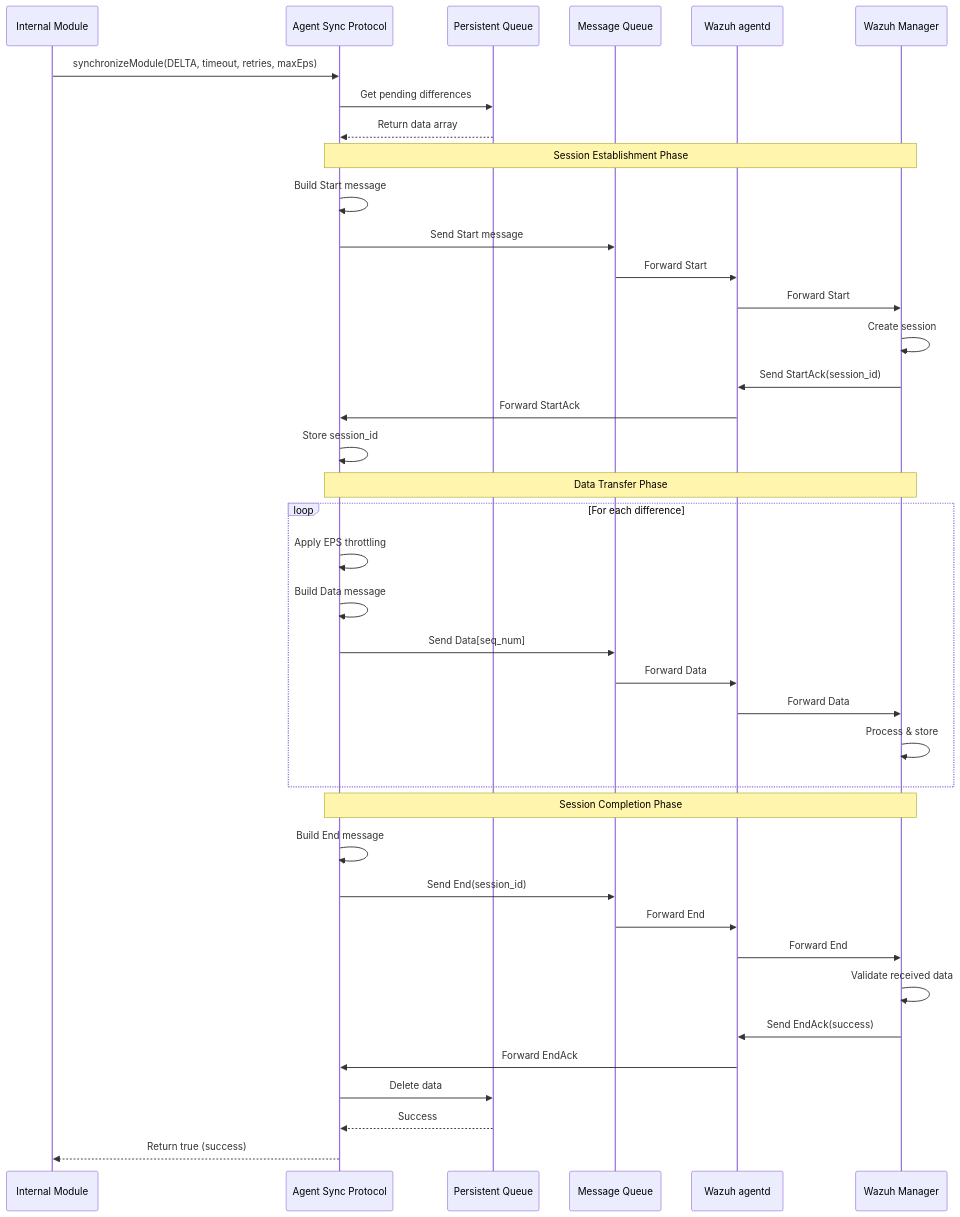
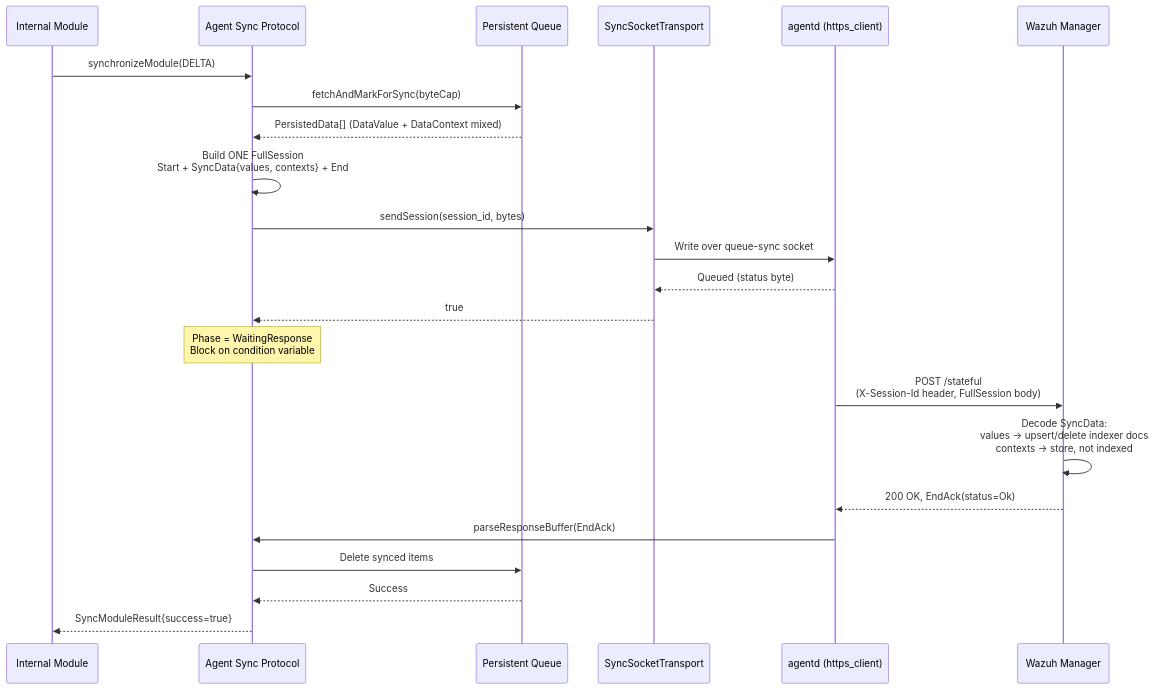
The third of 12 diagrams in docs/ref/modules/utils/sync-protocol/sequence-diagrams.md (wazuh/wazuh), drawn with Mermaid before and after one commit. The commit also changed other lines of this file and 9 other files, not shown here.

Commit message:
refactor(sync-protocol): fold FullSession's four payload vectors into one union

````diff
--- a/docs/ref/modules/utils/sync-protocol/sequence-diagrams.md
+++ b/docs/ref/modules/utils/sync-protocol/sequence-diagrams.md
@@ -46,46 +54,30 @@
 ```mermaid
 sequenceDiagram
     participant Module as Internal Module
     participant ASP as Agent Sync Protocol
     participant Queue as Persistent Queue
-    participant MQ as Message Queue
-    participant AD as Wazuh agentd
+    participant Transport as SyncSocketTransport
+    participant AD as agentd (https_client)
     participant Manager as Wazuh Manager
 
-    Module->>ASP: synchronizeModule(DELTA, timeout, retries, maxEps)
-    ASP->>Queue: Get pending differences
-    Queue-->>ASP: Return data array
+    Module->>ASP: synchronizeModule(DELTA)
+    ASP->>Queue: fetchAndMarkForSync(byteCap)
+    Queue-->>ASP: PersistedData[] (DataValue + DataContext mixed)
 
-    Note over ASP,Manager: Session Establishment Phase
-    ASP->>ASP: Build Start message
-    ASP->>MQ: Send Start message
-    MQ->>AD: Forward Start
-    AD->>Manager: Forward Start
-    Manager->>Manager: Create session
-    Manager->>AD: Send StartAck(session_id)
-    AD->>ASP: Forward StartAck
-    ASP->>ASP: Store session_id
+    ASP->>ASP: Build ONE FullSession<br/>Start + SyncData{values, contexts} + End
+    ASP->>Transport: sendSession(session_id, bytes)
+    Transport->>AD: Write over queue-sync socket
+    AD-->>Transport: Queued (status byte)
+    Transport-->>ASP: true
 
-    Note over ASP,Manager: Data Transfer Phase
-    loop For each difference
-        ASP->>ASP: Apply EPS throttling
-        ASP->>ASP: Build Data message
-        ASP->>MQ: Send Data[seq_num]
-        MQ->>AD: Forward Data
-        AD->>Manager: Forward Data
-        Manager->>Manager: Process & store
-    end
+    Note over ASP: Phase = WaitingResponse<br/>Block on condition variable
 
-    Note over ASP,Manager: Session Completion Phase
-    ASP->>ASP: Build End message
-    ASP->>MQ: Send End(session_id)
-    MQ->>AD: Forward End
-    AD->>Manager: Forward End
-    Manager->>Manager: Validate received data
-    Manager->>AD: Send EndAck(success)
-    AD->>ASP: Forward EndAck
-    ASP->>Queue: Delete data
+    AD->>Manager: POST /stateful<br/>(X-Session-Id header, FullSession body)
+    Manager->>Manager: Decode SyncData:<br/>values -> upsert/delete indexer docs<br/>contexts -> store, not indexed
+    Manager-->>AD: 200 OK, EndAck(status=Ok)
+    AD->>ASP: parseResponseBuffer(EndAck)
+    ASP->>Queue: Delete synced items
     Queue-->>ASP: Success
 
-    ASP-->>Module: Return true (success)
+    ASP-->>Module: SyncModuleResult{success=true}
 ```
````
